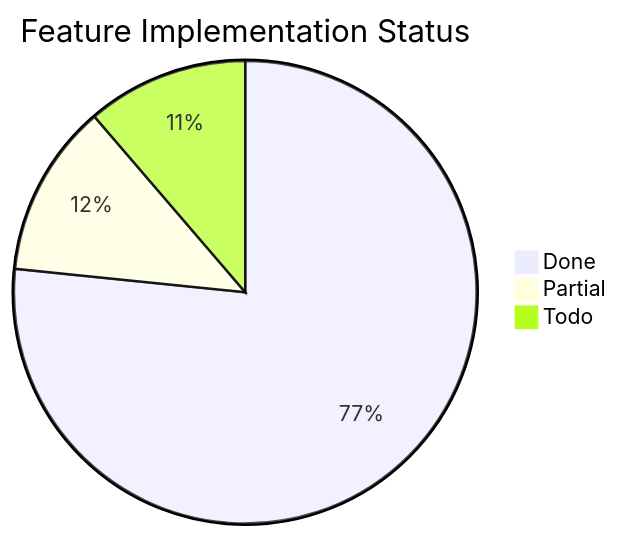
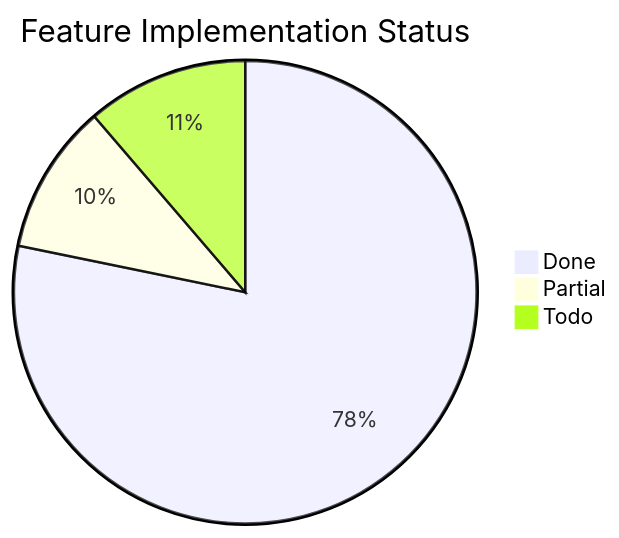
Before and after one commit to Papyrine/Morph: the third of 3 diagrams in docs/word-features.md, drawn with Mermaid. The commit also changed other lines of this file and 61 other files, not shown here.

````diff
--- a/docs/word-features.md
+++ b/docs/word-features.md
@@ -1918,6 +1916,6 @@
 ```mermaid
 pie title Feature Implementation Status
-    "Done" : 95
-    "Partial" : 15
+    "Done" : 97
+    "Partial" : 13
     "Todo" : 14
 ```
````
